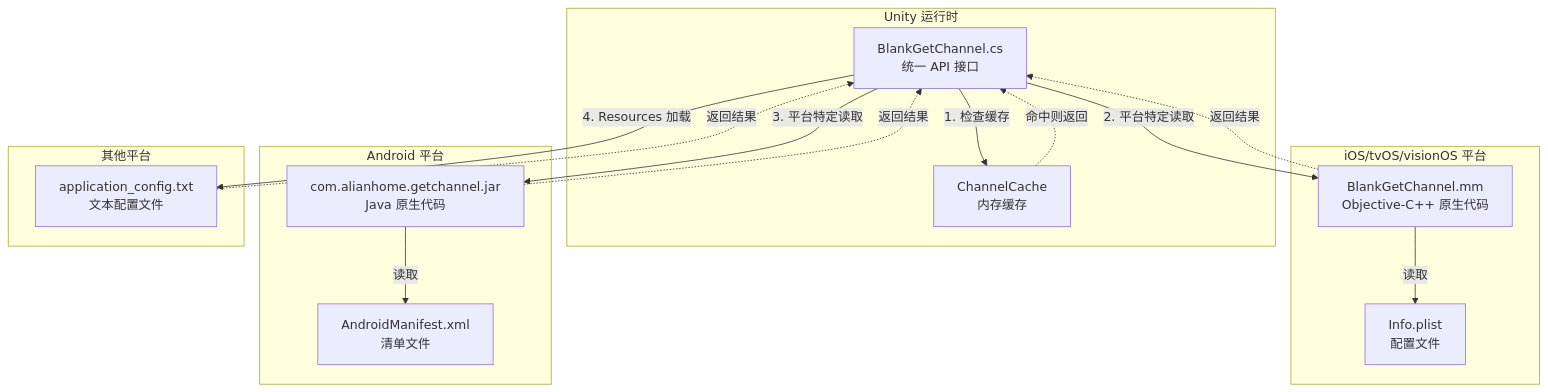
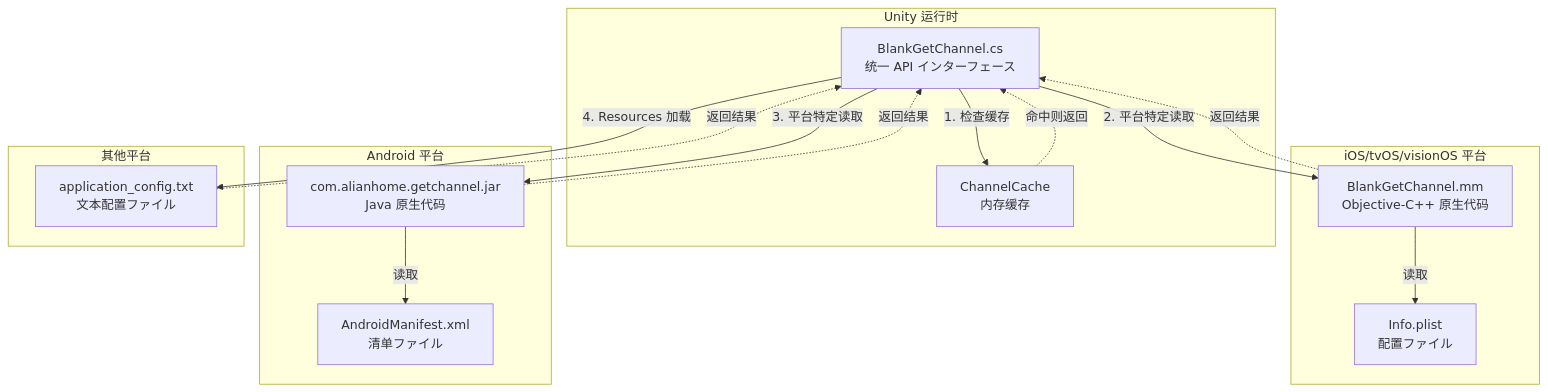
Before and after one commit to AlianBlank/GameFrameX.Docs: the first of 3 diagrams in docs/ja/client/unity/component/getchannel/04.platform-configuration.md, drawn with Mermaid. The commit also changed other lines of this file and 603 other files, not shown here.

````diff
--- a/docs/ja/client/unity/component/getchannel/04.platform-configuration.md
+++ b/docs/ja/client/unity/component/getchannel/04.platform-configuration.md
@@ -17,34 +17,34 @@
 ```mermaid
 graph TD
     subgraph Unity["Unity 运行时"]
-        API["BlankGetChannel.cs<br/>统一 API 接口"]
+        API["BlankGetChannel.cs<br/>统一 API インターフェース"]
         Cache["ChannelCache<br/>内存缓存"]
     end
 
     subgraph iOS["iOS/tvOS/visionOS 平台"]
         ObjC["BlankGetChannel.mm<br/>Objective-C++ 原生代码"]
-        Plist["Info.plist<br/>配置文件"]
+        Plist["Info.plist<br/>配置ファイル"]
     end
 
     subgraph Android["Android 平台"]
         Java["com.alianhome.getchannel.jar<br/>Java 原生代码"]
-        Manifest["AndroidManifest.xml<br/>清单文件"]
+        Manifest["AndroidManifest.xml<br/>清单ファイル"]
     end
 
     subgraph Other["其他平台"]
-        Config["application_config.txt<br/>文本配置文件"]
+        Config["application_config.txt<br/>文本配置ファイル"]
     end
 
     API -->|1. 检查缓存| Cache
     API -->|2. 平台特定读取| ObjC
     API -->|3. 平台特定读取| Java
     API -->|4. Resources 加载| Config
     
     ObjC -->|读取| Plist
     Java -->|读取| Manifest
     
     Cache -.->|命中则返回| API
     ObjC -.->|返回结果| API
     Java -.->|返回结果| API
     Config -.->|返回结果| API
 ```
````
